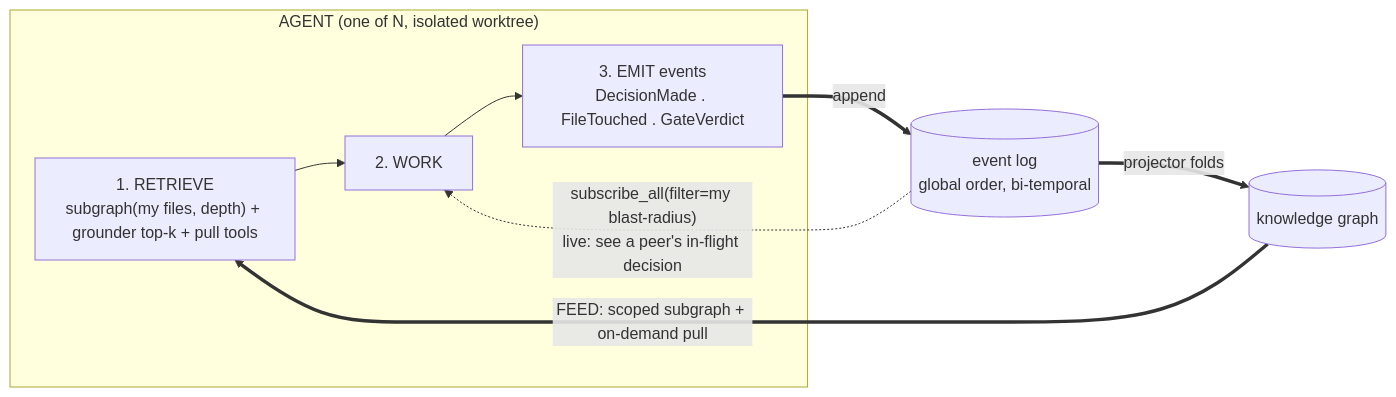
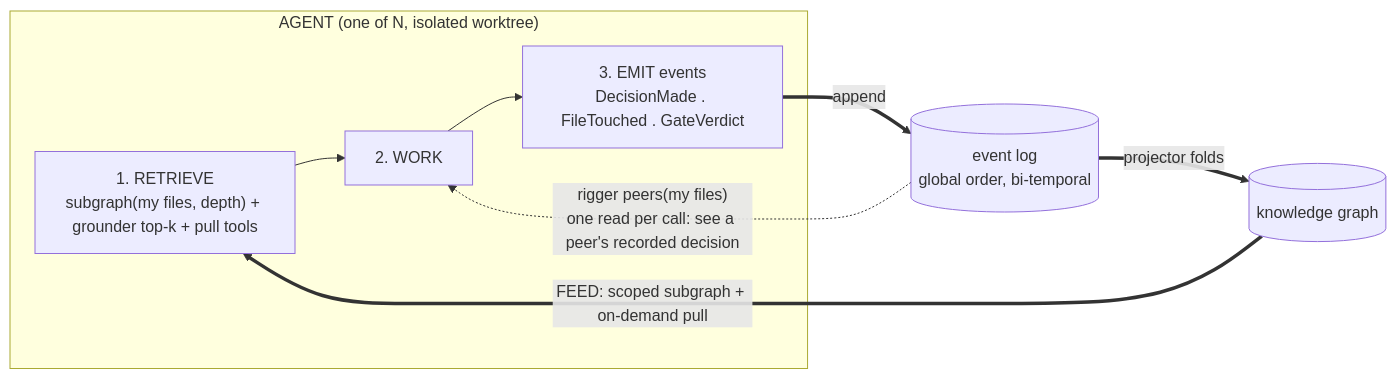
Before and after one commit to virtual-velocitation/rigger: the third of 3 diagrams in docs/architecture.md, drawn with Mermaid. The commit also changed other lines of this file and 286 other files, not shown here.

Commit message:
Every reference reaches the graph, per-unit build caches, audit fixes, and no work caps without a stated reason (#198)

````diff
--- a/docs/architecture.md
+++ b/docs/architecture.md
@@ -832,13 +831,13 @@
 ```mermaid
 flowchart LR
   subgraph A["AGENT (one of N, isolated worktree)"]
     R["1. RETRIEVE<br/>subgraph(my files, depth) + grounder top-k + pull tools"]
     W["2. WORK"]
     E["3. EMIT events<br/>DecisionMade . FileTouched . GateVerdict"]
     R --> W --> E
   end
   E ==>|append| LOG[("event log<br/>global order, bi-temporal")]
   LOG ==>|projector folds| CG[("knowledge graph")]
   CG ==>|FEED: scoped subgraph + on-demand pull| R
-  LOG -. "subscribe_all(filter=my blast-radius)<br/>live: see a peer's in-flight decision" .-> W
+  LOG -. "rigger peers(my files)<br/>one read per call: see a peer's recorded decision" .-> W
 ```
````
